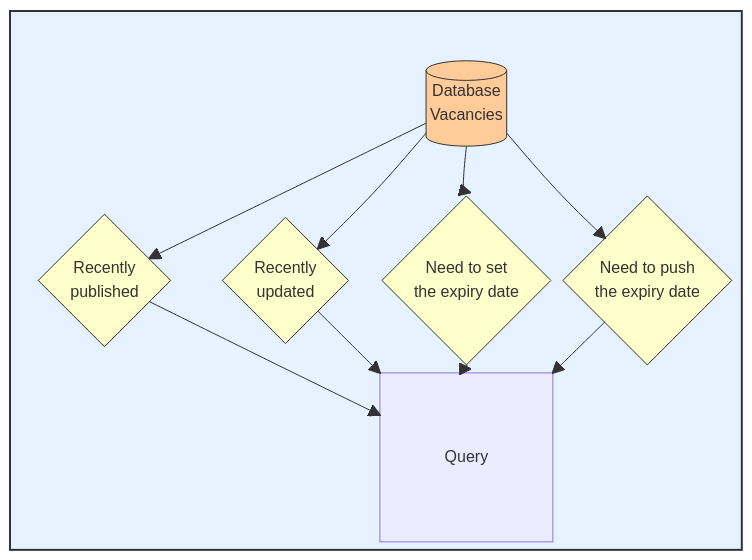
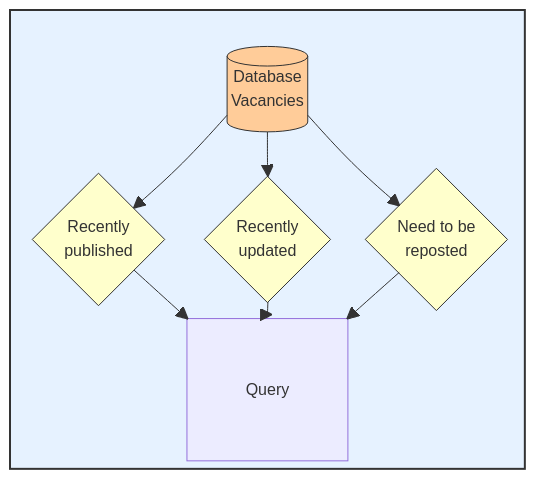
One commit to DFE-Digital/teaching-vacancies changed the third of 5 diagrams in documentation/integrations/dwp-find-a-job.md. Above: the diagram before and after it, drawn with Mermaid. The commit also changed other lines of this file and 12 other files, not shown here.

````diff
--- a/documentation/integrations/dwp-find-a-job.md
+++ b/documentation/integrations/dwp-find-a-job.md
@@ -171,30 +182,27 @@
 ```mermaid
 block-beta
-columns 3
-block:TeachingVacancies:3
-    columns 4
-    space:2 Database[("Database\nVacancies")] space
+columns 8
+block:TeachingVacancies:8
+    columns 3
+    space Database[("Database\nVacancies")] space
 
      RecentlyPublished{"Recently\npublished"}
      RecentlyUpdated{"Recently\nupdated"}
-     NeedToSetExpiryDate{"Need to set\nthe expiry date"}
-     NeedToPushExpiryDate{"Need to push\nthe expiry date"}
+     NeedToBeReposted{"Need to be\nreposted"}
 
-    space:2 Query space
+    space Query space
 
     Database --> RecentlyPublished
     Database --> RecentlyUpdated
-    Database --> NeedToSetExpiryDate
-    Database --> NeedToPushExpiryDate
+    Database --> NeedToBeReposted
     RecentlyPublished --> Query
     RecentlyUpdated --> Query
-    NeedToSetExpiryDate --> Query
-    NeedToPushExpiryDate --> Query
+    NeedToBeReposted --> Query
 end
 style TeachingVacancies fill:#e6f2ff,stroke:#333,stroke-width:2px
 
 classDef querybit fill:#ffffcc,stroke:#333;
 classDef datasource fill:#ffcc99,stroke:#333;
-class RecentlyPublished,RecentlyUpdated,NeedToSetExpiryDate,NeedToPushExpiryDate querybit
+class RecentlyPublished,RecentlyUpdated,NeedToBeReposted querybit
 class Database datasource
 ```
````
